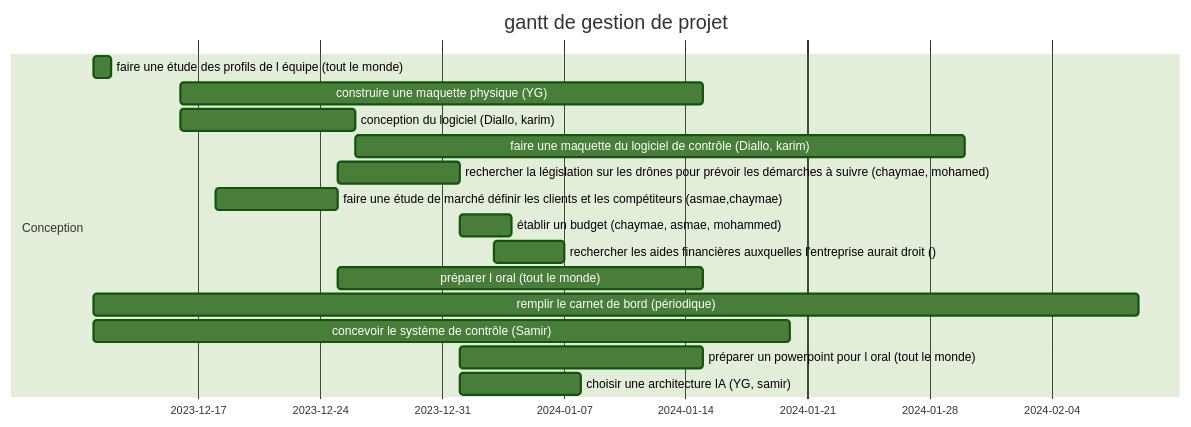
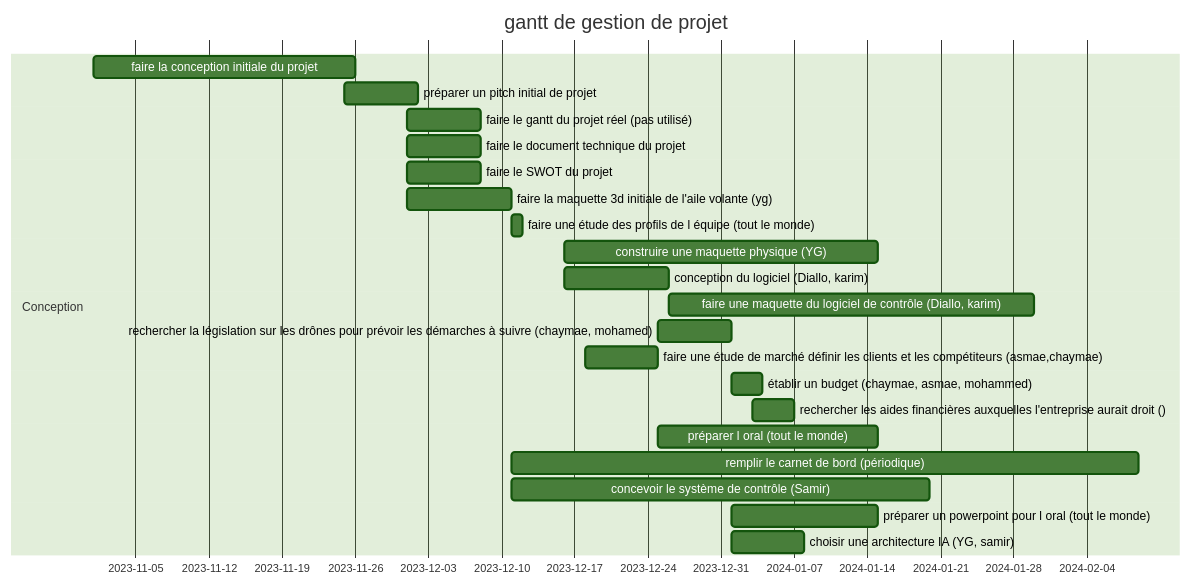
One commit to sereDIALLO/projet_drone_agricole changed the diagram in gantt_gestion.mermaid. Above: the diagram before and after it, drawn with Mermaid (forest theme).

```diff
--- a/gantt_gestion.mermaid
+++ b/gantt_gestion.mermaid
@@ -1,17 +1,23 @@
 gantt
     title gantt de gestion de projet
 
     section Conception
+    faire la conception initiale du projet: 2023-11-01, 25d
+    préparer un pitch initial de projet : 2023-11-25, 7d
+    faire le gantt du projet réel (pas utilisé): 2023-12-01, 7d
+    faire le document technique du projet: 2023-12-01, 7d
+    faire le SWOT du projet: 2023-12-01, 7d
+    faire la maquette 3d initiale de l'aile volante (yg) : 2023-12-01, 10d
     faire une étude des profils de l équipe (tout le monde): 2023-12-11, 1d
     construire une maquette physique (YG)       : 2023-12-16, 30d
     conception du logiciel  (Diallo, karim)     : 2023-12-16, 10d
     faire une maquette du logiciel de contrôle (Diallo, karim)  : 2023-12-26, 35d
     rechercher la législation sur les drônes pour prévoir les démarches à suivre (chaymae, mohamed): 2023-12-25, 7d
     faire une étude de marché définir les clients et les compétiteurs (asmae,chaymae): 2023-12-18, 7d
     établir un budget (chaymae, asmae, mohammed)                           : 2024-01-01, 3d
     rechercher les aides financières auxquelles l'entreprise aurait droit (): 2024-01-03, 4d
     préparer l oral (tout le monde)                            : 2023-12-25, 21d
     remplir le carnet de bord (périodique)      : 2023-12-11, 60d
     concevoir le système de contrôle (Samir)            : 2023-12-11, 40d
     préparer un powerpoint pour l oral  (tout le monde)        : 2024-01-01, 14d
     choisir une architecture IA (YG, samir)                : 2024-01-01, 7d
```
